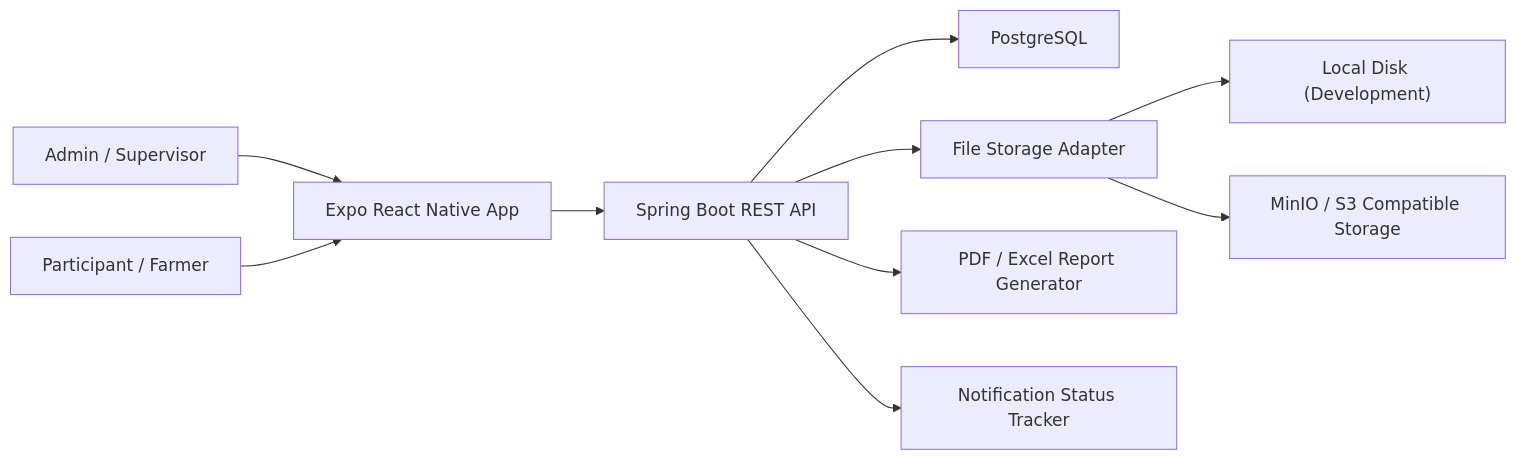
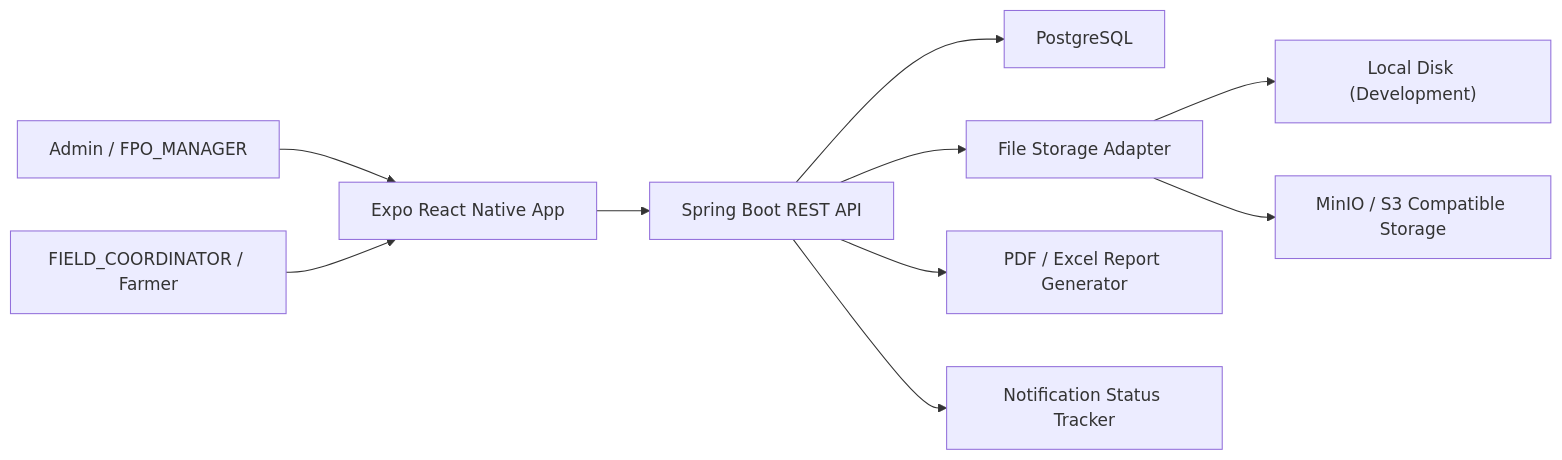
One commit to korearun5/activity-compliance changed the first of 11 diagrams in docs/architecture.md. Above: the diagram before and after it, drawn with Mermaid. The commit also changed other lines of this file and 104 other files, not shown here.

````diff
--- a/docs/architecture.md
+++ b/docs/architecture.md
@@ -40,12 +40,12 @@
 ```mermaid
 flowchart LR
-    Admin["Admin / Supervisor"] --> App["Expo React Native App"]
-    Participant["Participant / Farmer"] --> App
+    Admin["Admin / FPO_MANAGER"] --> App["Expo React Native App"]
+    FIELD_COORDINATOR["FIELD_COORDINATOR / Farmer"] --> App
     App --> Api["Spring Boot REST API"]
     Api --> Db["PostgreSQL"]
     Api --> Storage["File Storage Adapter"]
     Storage --> LocalDisk["Local Disk (Development)"]
     Storage --> Minio["MinIO / S3 Compatible Storage"]
     Api --> Reports["PDF / Excel Report Generator"]
     Api --> Notifications["Notification Status Tracker"]
 ```
````
